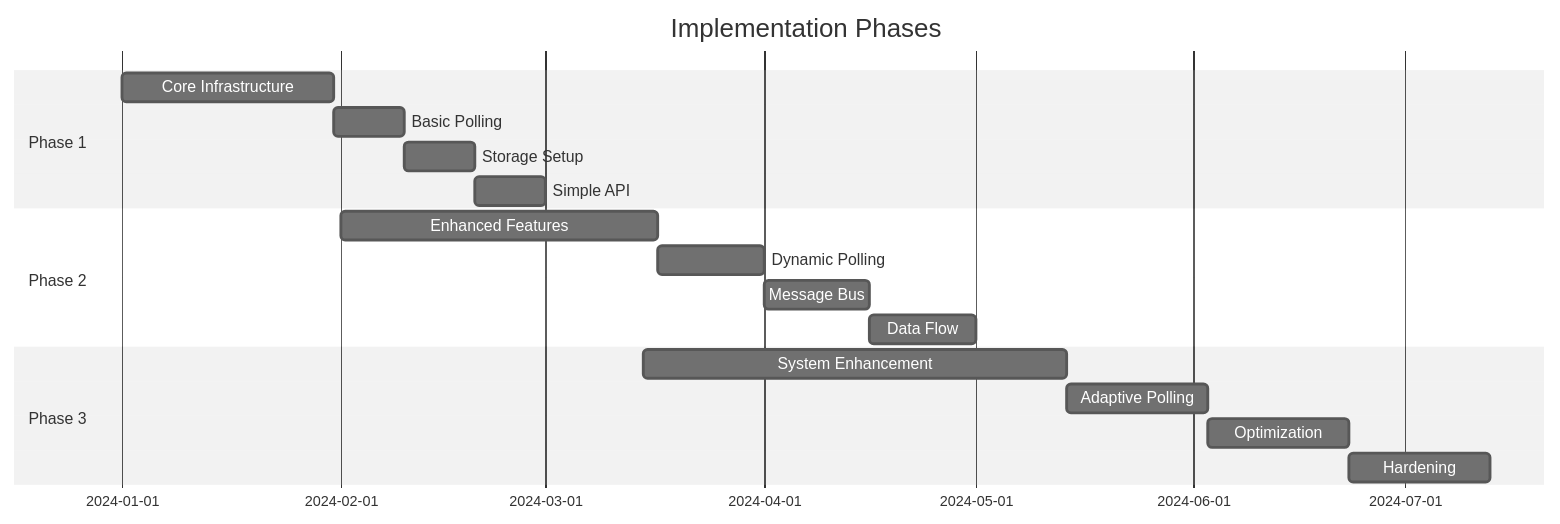
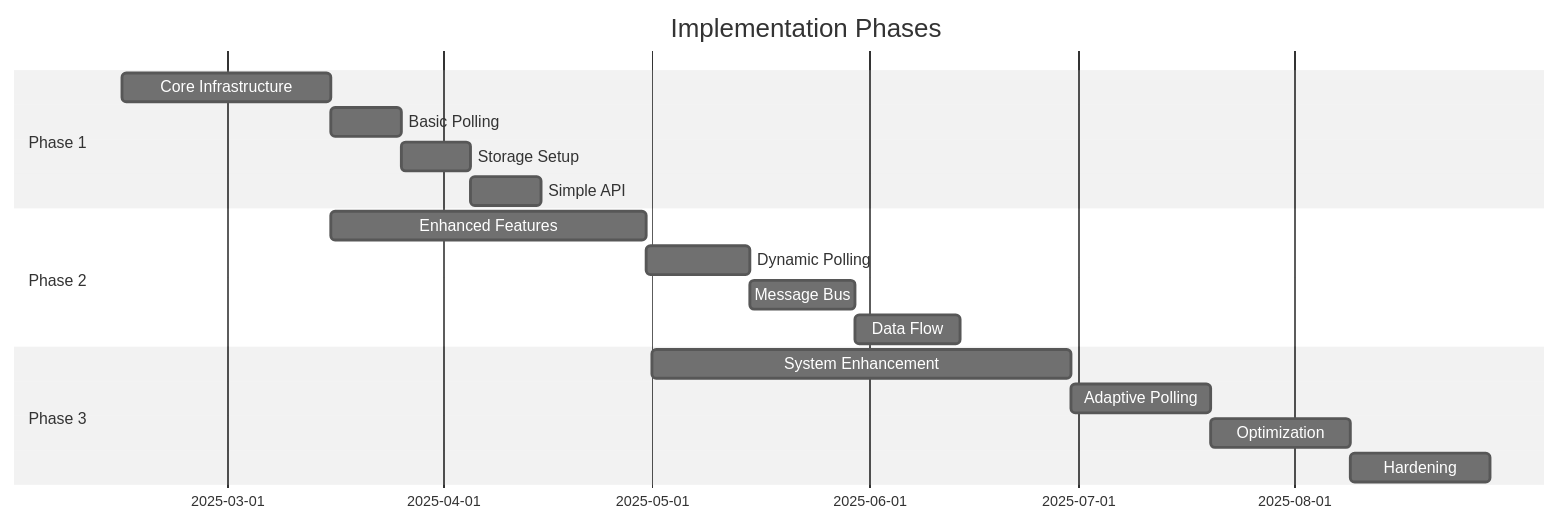
One commit to cyngerian/dsuite changed the sixth of 6 diagrams in docs/PROJECT_PLAN.md. Above: the diagram before and after it, drawn with Mermaid (neutral theme). The commit also changed 2 other files, not shown here.

Commit message:
docs: update implementation timeline and add daily planning structure

````diff
--- a/docs/PROJECT_PLAN.md
+++ b/docs/PROJECT_PLAN.md
@@ -555,20 +555,20 @@
 ```mermaid
 gantt
     title Implementation Phases
     dateFormat  YYYY-MM-DD
     section Phase 1
-    Core Infrastructure    :2024-01-01, 30d
+    Core Infrastructure    :2025-02-14, 30d
     Basic Polling         :10d
     Storage Setup         :10d
     Simple API           :10d
     section Phase 2
-    Enhanced Features    :2024-02-01, 45d
+    Enhanced Features    :2025-03-16, 45d
     Dynamic Polling     :15d
     Message Bus        :15d
     Data Flow         :15d
     section Phase 3
-    System Enhancement :2024-03-15, 60d
+    System Enhancement :2025-05-01, 60d
     Adaptive Polling  :20d
     Optimization     :20d
     Hardening       :20d
 ```
````
